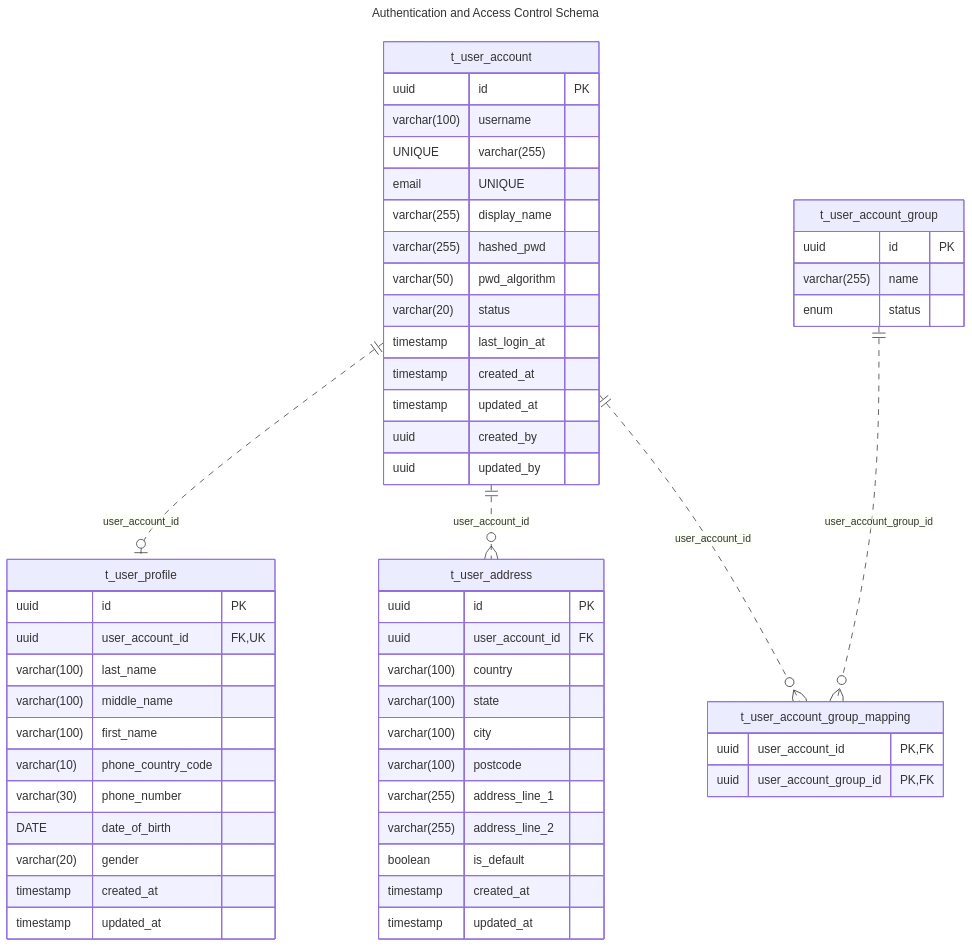
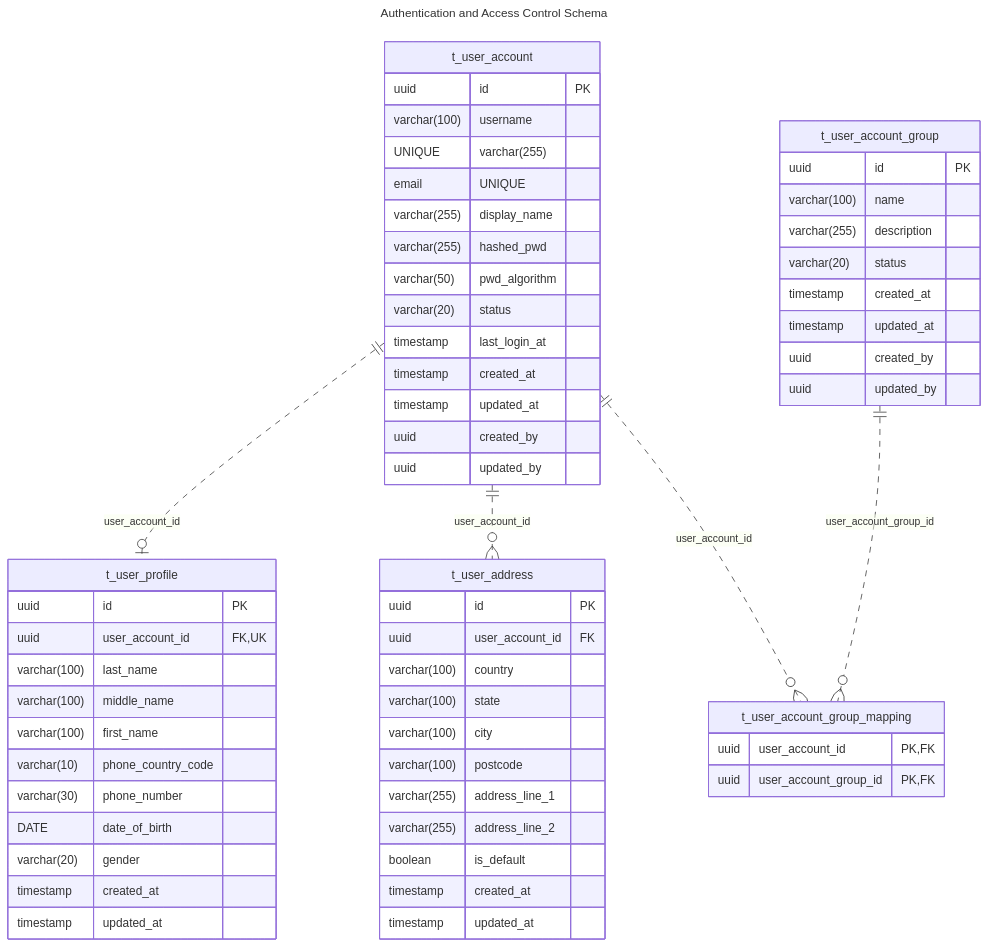
The diagram in database/modules/authentication-erd.md (va4815/stockflow-docs), drawn with Mermaid before and after one commit.

Commit message:
docs: update user account group fields

```diff
--- a/database/modules/authentication-erd.md
+++ b/database/modules/authentication-erd.md
@@ -64,8 +64,16 @@
 
     t_user_account_group {
         uuid id PK
-        varchar(255) name
-        enum status
+
+        varchar(100) name
+        varchar(255) description
+        
+        varchar(20) status
+
+        timestamp created_at
+        timestamp updated_at
+        uuid created_by
+        uuid updated_by
     }
 
     t_user_account_group_mapping {
```
